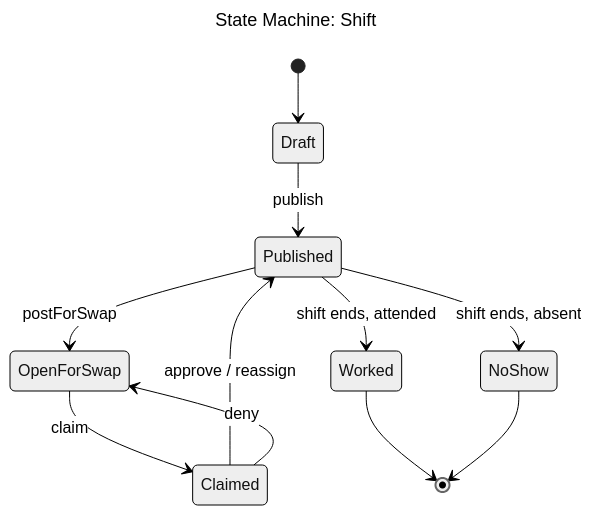
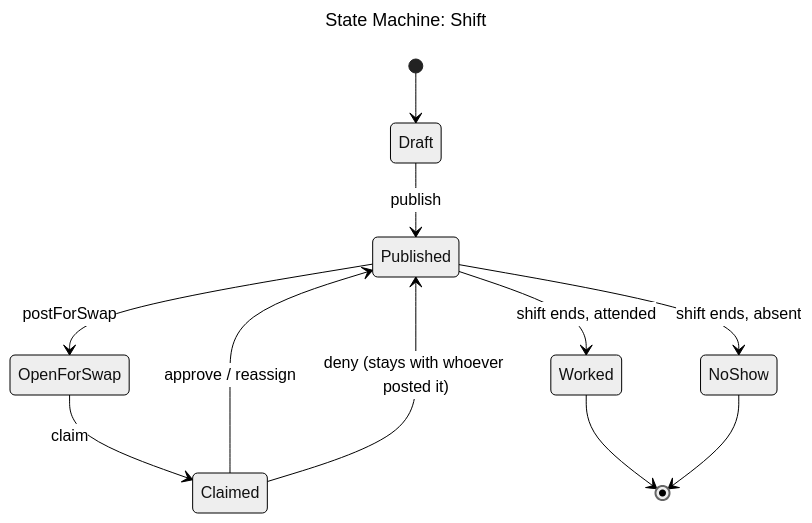
The diagram in diagrams/state_shift.mmd (perfettiful/ShiftChex), drawn with Mermaid (neutral theme) before and after one commit. The commit also changed 43 other files, not shown here.

```diff
--- a/diagrams/state_shift.mmd
+++ b/diagrams/state_shift.mmd
@@ -1,14 +1,14 @@
 ---
 title: "State Machine: Shift"
 ---
 stateDiagram-v2
     [*] --> Draft
     Draft --> Published : publish
     Published --> OpenForSwap : postForSwap
     OpenForSwap --> Claimed : claim
     Claimed --> Published : approve / reassign
-    Claimed --> OpenForSwap : deny
+    Claimed --> Published : deny (stays with whoever posted it)
     Published --> Worked : shift ends, attended
     Published --> NoShow : shift ends, absent
     Worked --> [*]
     NoShow --> [*]
```
